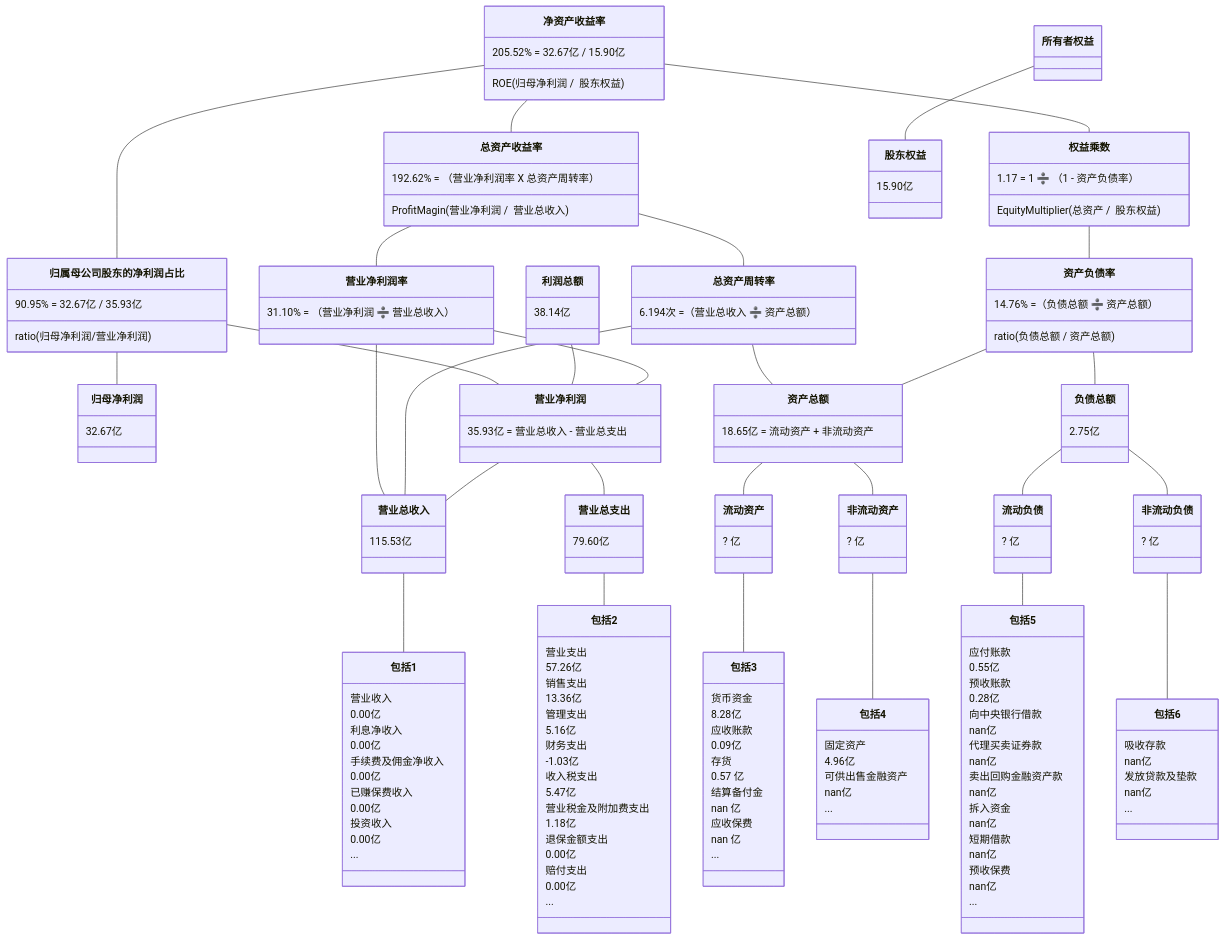
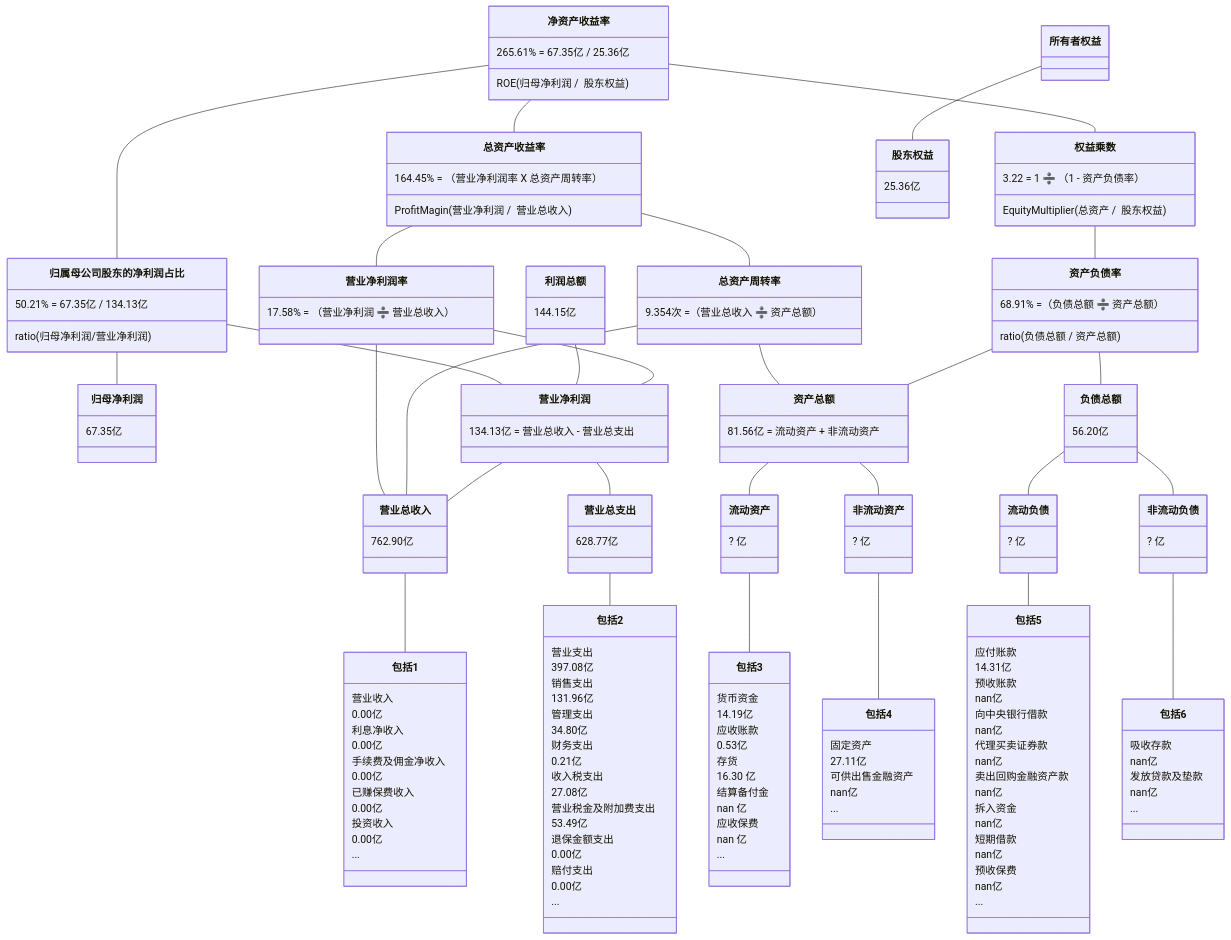
One commit to TheVeryDarkness/cs410 changed the seventh of 10 diagrams in 2/2.md. Above: the diagram before and after it, drawn with Mermaid. The commit also changed other lines of this file and 59 other files, not shown here.

````diff
--- a/2/2.md
+++ b/2/2.md
@@ -953,45 +981,45 @@
 ```mermaid
 classDiagram
 净资产收益率 -- 总资产收益率
-    净资产收益率 : 205.52% = 32.67亿 / 15.90亿
+    净资产收益率 : 265.61% = 67.35亿 / 25.36亿
     净资产收益率 : ROE(归母净利润 /  股东权益)
-    总资产收益率 : 192.62% = （营业净利润率 X 总资产周转率）
+    总资产收益率 : 164.45% = （营业净利润率 X 总资产周转率）
     总资产收益率 : ProfitMagin(营业净利润 /  营业总收入)
 净资产收益率 -- 归属母公司股东的净利润占比
-	  归属母公司股东的净利润占比 : 90.95% = 32.67亿 / 35.93亿
+	  归属母公司股东的净利润占比 : 50.21% = 67.35亿 / 134.13亿
 	  归属母公司股东的净利润占比 : ratio(归母净利润/营业净利润)
 归属母公司股东的净利润占比 -- 归母净利润
-    归母净利润 : 32.67亿
+    归母净利润 : 67.35亿
 归属母公司股东的净利润占比 -- 营业净利润
-利润总额 : 38.14亿
+利润总额 : 144.15亿
 利润总额 -- 营业净利润
 净资产收益率 -- 权益乘数
-    权益乘数 : 1.17 = 1 ➗ （1 - 资产负债率）
+    权益乘数 : 3.22 = 1 ➗ （1 - 资产负债率）
     权益乘数 : EquityMultiplier(总资产 /  股东权益)
 
 总资产收益率 -- 营业净利润率
-    营业净利润率 : 31.10% = （营业净利润 ➗ 营业总收入）
+    营业净利润率 : 17.58% = （营业净利润 ➗ 营业总收入）
 总资产收益率 -- 总资产周转率
-    总资产周转率 : 6.194次 =（营业总收入 ➗ 资产总额）
+    总资产周转率 : 9.354次 =（营业总收入 ➗ 资产总额）
 权益乘数 -- 资产负债率
-    资产负债率  : 14.76% =（负债总额 ➗ 资产总额）
+    资产负债率  : 68.91% =（负债总额 ➗ 资产总额）
     资产负债率  : ratio(负债总额 / 资产总额)
 
 营业净利润率 -- 营业净利润
-    营业净利润 : 35.93亿 = 营业总收入 - 营业总支出
+    营业净利润 : 134.13亿 = 营业总收入 - 营业总支出
 营业净利润率 -- 营业总收入
 总资产周转率 -- 营业总收入
 总资产周转率 -- 资产总额
-    资产总额 : 18.65亿 = 流动资产 + 非流动资产
+    资产总额 : 81.56亿 = 流动资产 + 非流动资产
 资产负债率 -- 负债总额
-    负债总额 : 2.75亿
+    负债总额 : 56.20亿
 资产负债率 -- 资产总额
 
 
 营业净利润 -- 营业总收入
-    营业总收入 : 115.53亿
+    营业总收入 : 762.90亿
 营业净利润 -- 营业总支出
-    营业总支出 : 79.60亿
+    营业总支出 : 628.77亿
 资产总额 -- 流动资产
 	  流动资产 : ? 亿
 资产总额 -- 非流动资产
@@ -1015,17 +1043,17 @@
     包括1 : ...
 营业总支出 -- 包括2
     包括2 : 营业支出
-    包括2 : 57.26亿
+    包括2 : 397.08亿
     包括2 : 销售支出
-    包括2 : 13.36亿
+    包括2 : 131.96亿
     包括2 : 管理支出
-    包括2 : 5.16亿
+    包括2 : 34.80亿
     包括2 : 财务支出
-    包括2 : -1.03亿
+    包括2 : 0.21亿
     包括2 : 收入税支出
-    包括2 : 5.47亿
+    包括2 : 27.08亿
     包括2 : 营业税金及附加费支出
-    包括2 : 1.18亿
+    包括2 : 53.49亿
     包括2 : 退保金额支出
     包括2 : 0.00亿
     包括2 : 赔付支出
@@ -1033,11 +1061,11 @@
     包括2 : ...
 流动资产 -- 包括3
     包括3 : 货币资金
-    包括3 : 8.28亿
+    包括3 : 14.19亿
     包括3 : 应收账款
-    包括3 : 0.09亿
+    包括3 : 0.53亿
     包括3 : 存货
-    包括3 : 0.57 亿
+    包括3 : 16.30 亿
     包括3 : 结算备付金
     包括3 : nan 亿
     包括3 : 应收保费
@@ -1045,15 +1073,15 @@
     包括3 : ...
 非流动资产 -- 包括4
     包括4 : 固定资产
-    包括4 : 4.96亿
+    包括4 : 27.11亿
     包括4 : 可供出售金融资产
     包括4 : nan亿
     包括4 : ...
 流动负债 -- 包括5
     包括5 : 应付账款
-    包括5 : 0.55亿
+    包括5 : 14.31亿
     包括5 : 预收账款
-    包括5 : 0.28亿
+    包括5 : nan亿
     包括5 : 向中央银行借款
     包括5 : nan亿
     包括5 : 代理买卖证券款
@@ -1074,5 +1102,5 @@
     包括6 : nan亿
     包括6 : ...
 所有者权益 -- 股东权益
-    股东权益 : 15.90亿
+    股东权益 : 25.36亿
 ```
````
